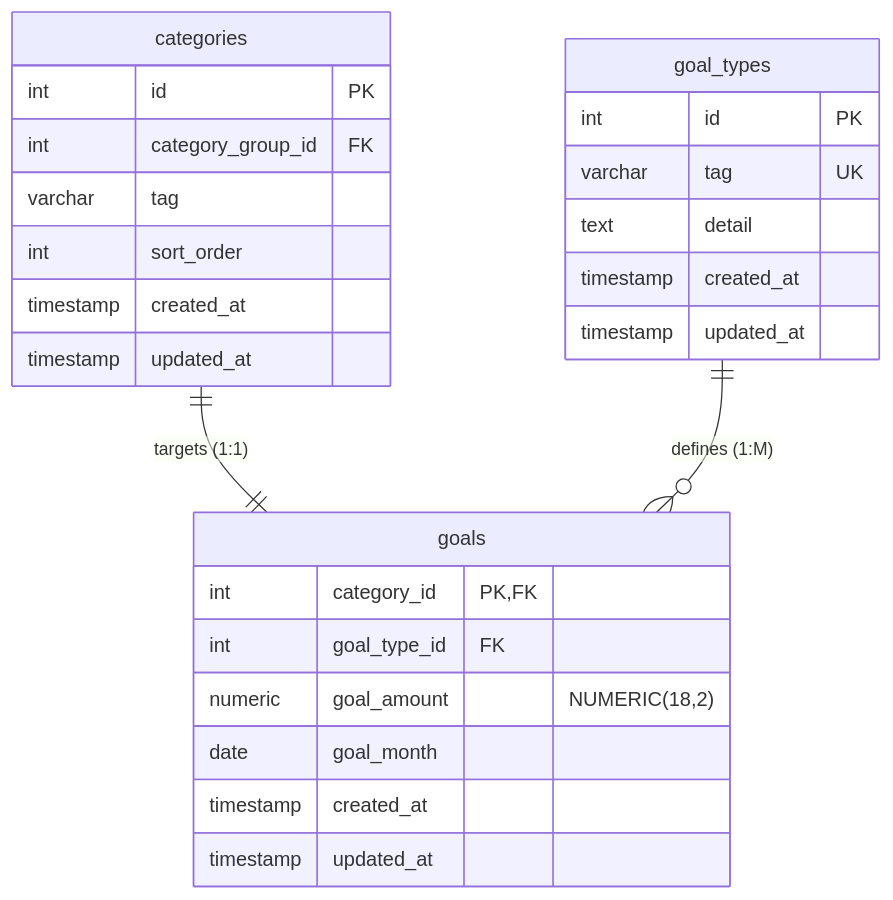
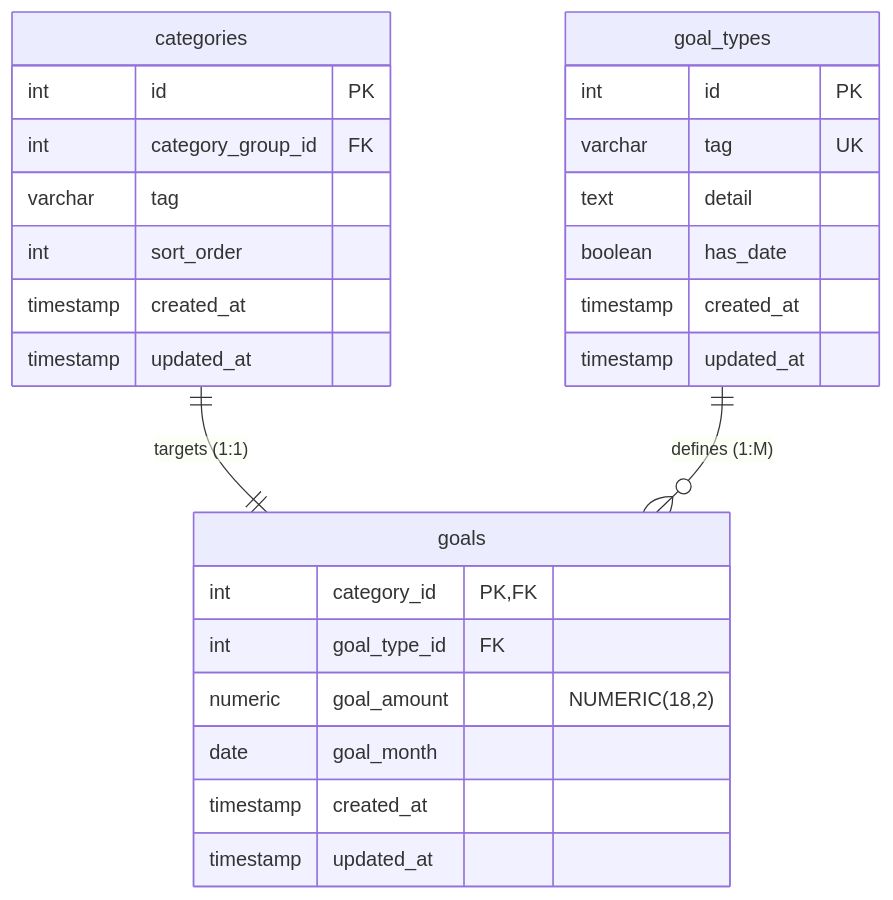
Before and after one commit to tiagopaispereira/ledger-to-invest: the tenth of 11 diagrams in database/docs/table_relationships.md, drawn with Mermaid. The commit also changed other lines of this file and 1 other file, not shown here.

Commit message:
Enhance table relationships and schema documentation with some schema database refactoring, additional validation functions, constraints, and performance optimizations

````diff
--- a/database/docs/table_relationships.md
+++ b/database/docs/table_relationships.md
@@ -592,31 +622,32 @@
 ```mermaid
 erDiagram
     categories {
         int id PK
         int category_group_id FK
         varchar tag
         int sort_order
         timestamp created_at
         timestamp updated_at
     }
     
     goal_types {
         int id PK
         varchar tag UK
         text detail
+        boolean has_date
         timestamp created_at
         timestamp updated_at
     }
     
     goals {
         int category_id PK, FK
         int goal_type_id FK
         numeric goal_amount "NUMERIC(18,2)"
         date goal_month
         timestamp created_at
         timestamp updated_at
     }
     
     categories ||--|| goals : "targets (1:1)"
     goal_types ||--o{ goals : "defines (1:M)"
 ```
````
